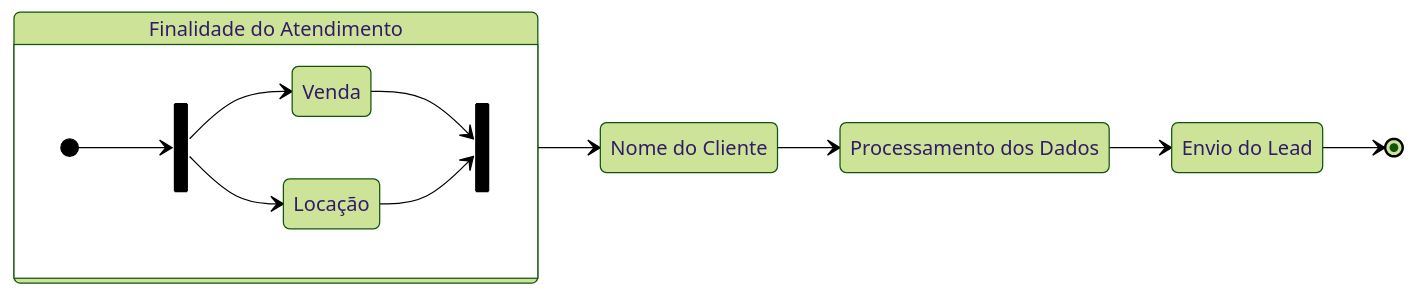
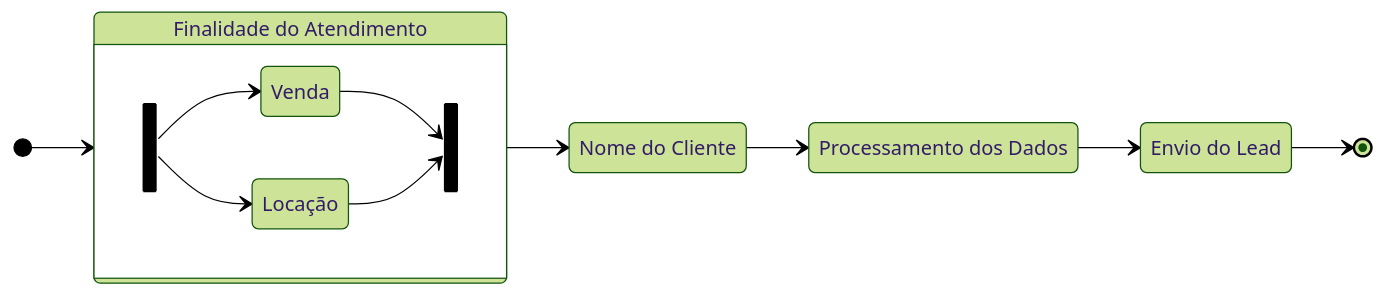
The diagram in readme.md (pepeleascov/cmsouza), drawn with Mermaid (forest theme) before and after one commit.

Commit message:
Lunch Break...

````diff
--- a/readme.md
+++ b/readme.md
@@ -122,25 +122,26 @@
 ```mermaid
 stateDiagram
     1: Finalidade do Atendimento
     v: Venda
     l: Locação
     2: Nome do Cliente
     3: Processamento dos Dados
     4: Envio do Lead
     direction LR
     
+    [*] --> 1
     state 1 {
     state fork_state <<fork>>
     direction LR
-        [*] --> fork_state
+        fork_state
         fork_state --> v
         fork_state --> l
     state join_state <<join>>
     v --> join_state
     l --> join_state
     }
     1 --> 2
     2 --> 3
     3 --> 4
     4 --> [*]
 ```
````
